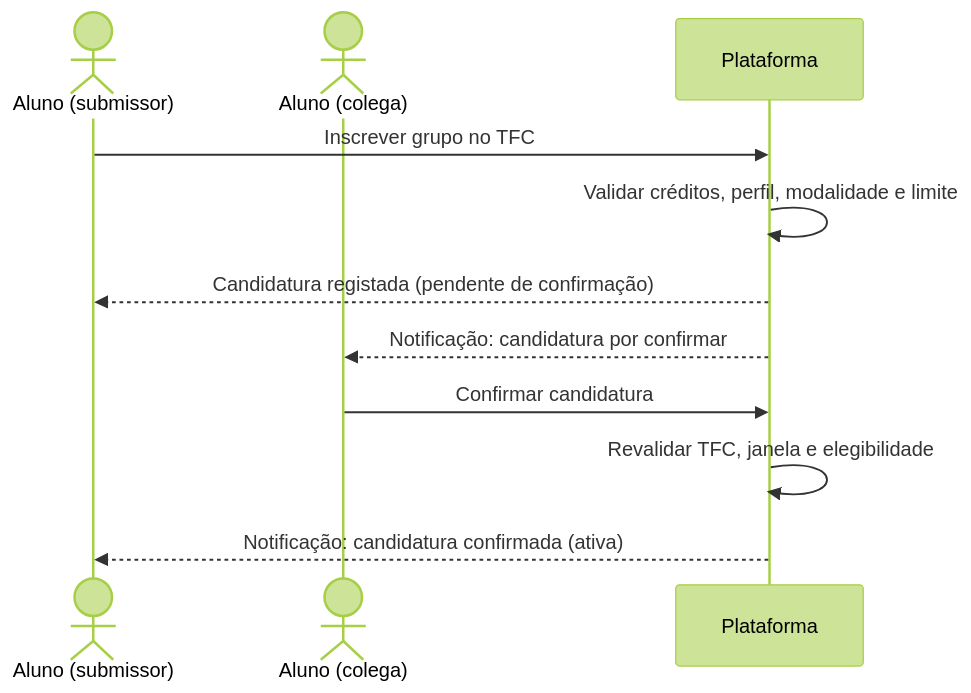
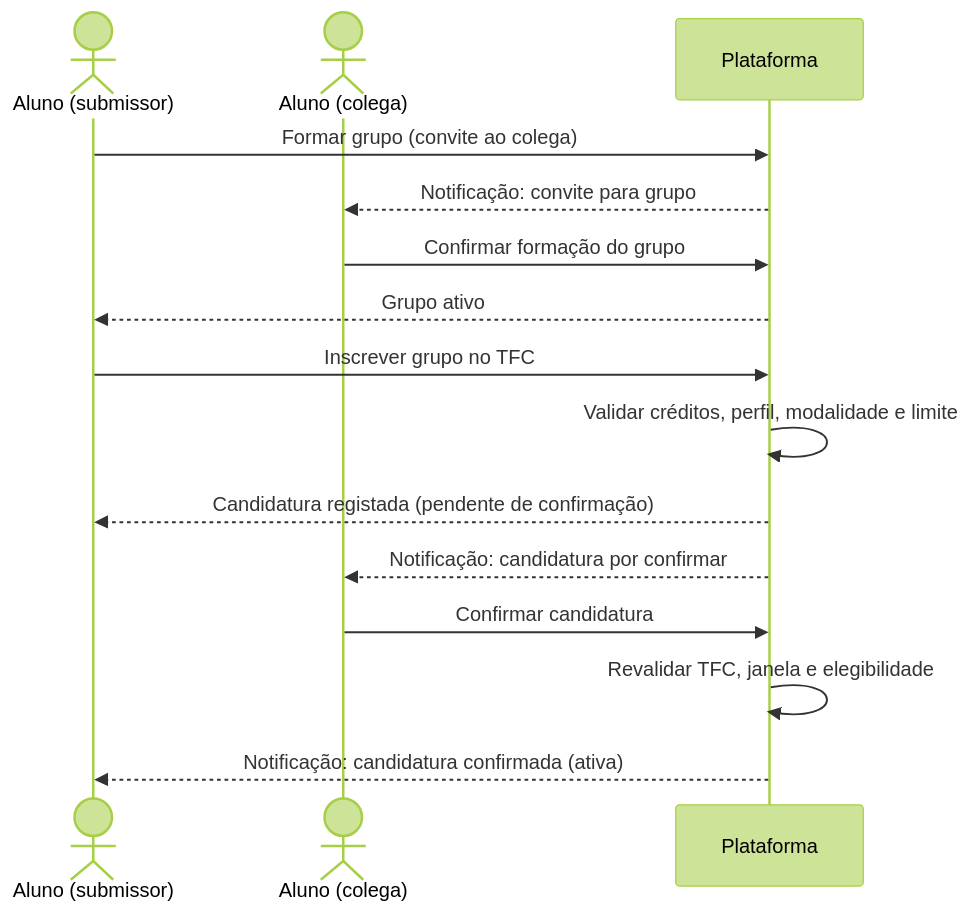
The fifth of 9 diagrams in processos.md (ULHT-TFC-new/tfc-reporting-DEISI2256), drawn with Mermaid (forest theme) before and after one commit. The commit also changed other lines of this file, not shown here.

````diff
--- a/processos.md
+++ b/processos.md
@@ -269,13 +423,17 @@
 ```mermaid
 sequenceDiagram
     actor S as Aluno (submissor)
     actor C as Aluno (colega)
     participant P as Plataforma
+    S->>P: Formar grupo (convite ao colega)
+    P-->>C: Notificação: convite para grupo
+    C->>P: Confirmar formação do grupo
+    P-->>S: Grupo ativo
     S->>P: Inscrever grupo no TFC
     P->>P: Validar créditos, perfil, modalidade e limite
     P-->>S: Candidatura registada (pendente de confirmação)
     P-->>C: Notificação: candidatura por confirmar
     C->>P: Confirmar candidatura
     P->>P: Revalidar TFC, janela e elegibilidade
     P-->>S: Notificação: candidatura confirmada (ativa)
 ```
````
